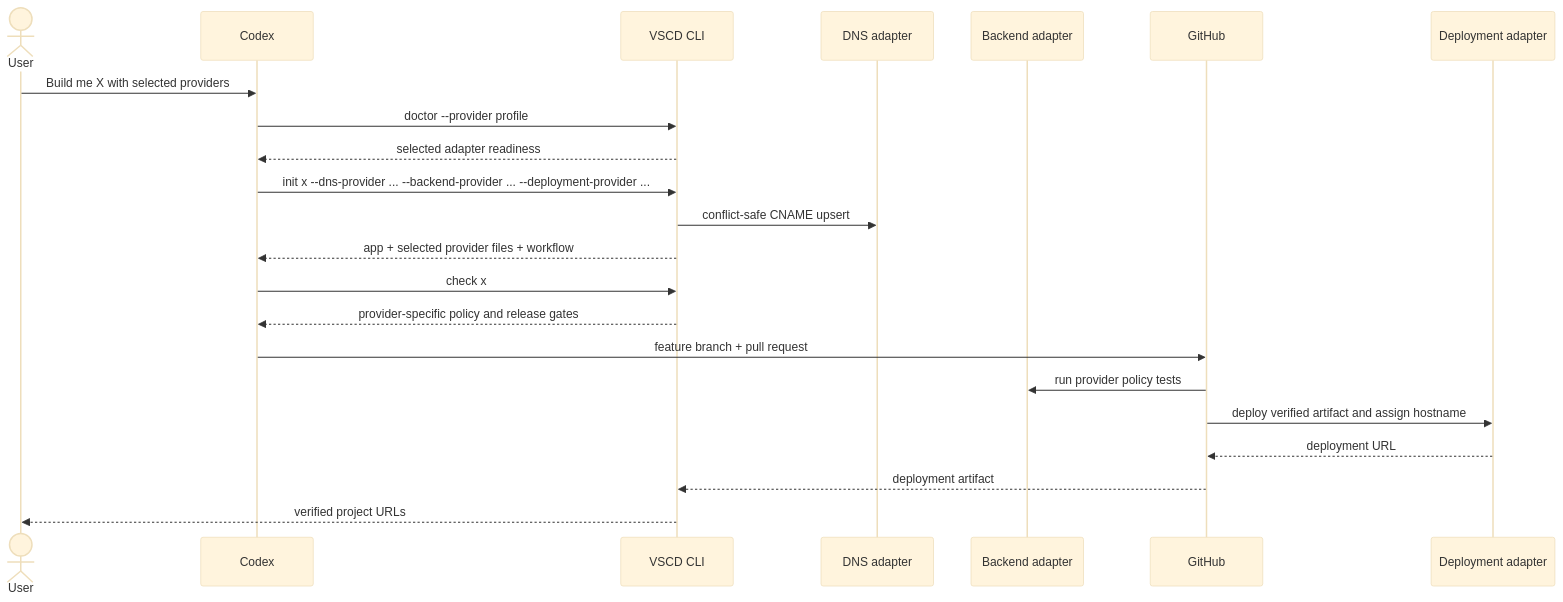
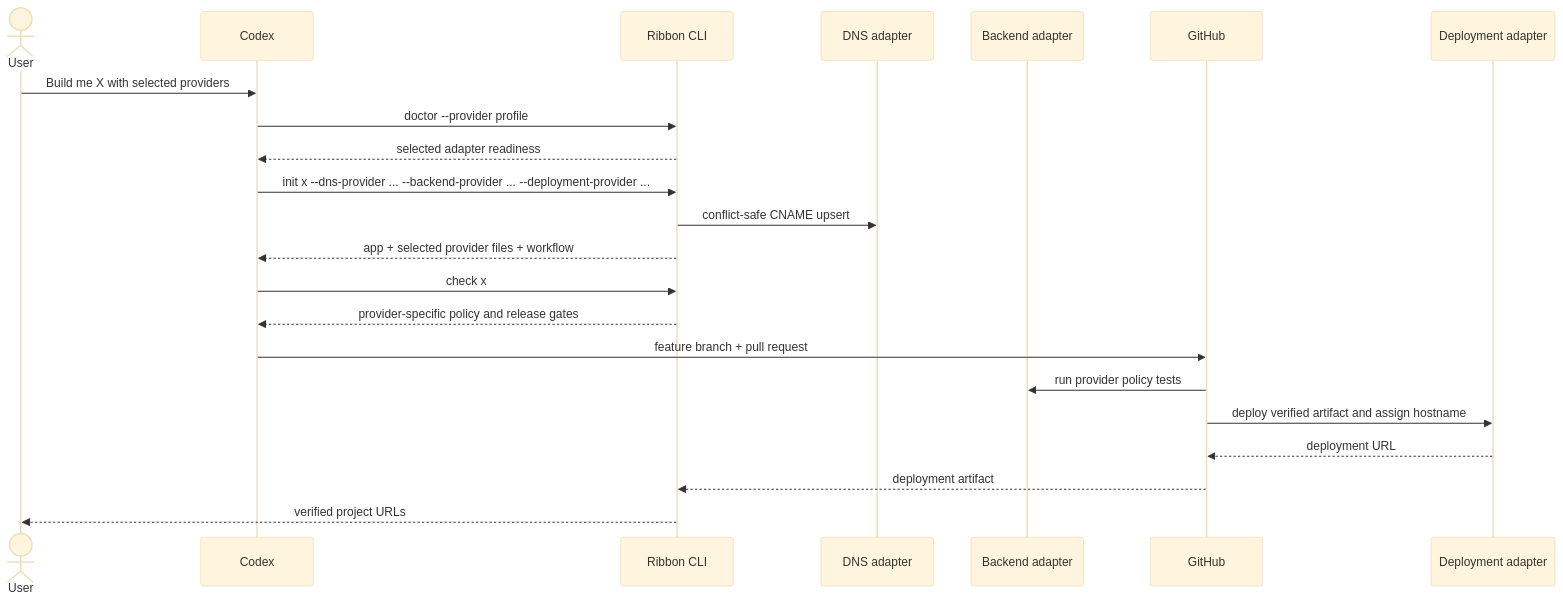
The second of 2 diagrams in docs/architecture.md (moriatz-labs/ribbon), drawn with Mermaid (base theme) before and after one commit. The commit also changed other lines of this file and 74 other files, not shown here.

First line of the commit message:
Rename VSCD control plane to Ribbon (#25)

````diff
--- a/docs/architecture.md
+++ b/docs/architecture.md
@@ -41,25 +41,25 @@
 ```mermaid
 sequenceDiagram
     actor User
     participant Codex
-    participant VSCD as VSCD CLI
+    participant Ribbon as Ribbon CLI
     participant DNS as DNS adapter
     participant Backend as Backend adapter
     participant GitHub
     participant Deploy as Deployment adapter
 
     User->>Codex: Build me X with selected providers
-    Codex->>VSCD: doctor --provider profile
-    VSCD-->>Codex: selected adapter readiness
-    Codex->>VSCD: init x --dns-provider ... --backend-provider ... --deployment-provider ...
-    VSCD->>DNS: conflict-safe CNAME upsert
-    VSCD-->>Codex: app + selected provider files + workflow
-    Codex->>VSCD: check x
-    VSCD-->>Codex: provider-specific policy and release gates
+    Codex->>Ribbon: doctor --provider profile
+    Ribbon-->>Codex: selected adapter readiness
+    Codex->>Ribbon: init x --dns-provider ... --backend-provider ... --deployment-provider ...
+    Ribbon->>DNS: conflict-safe CNAME upsert
+    Ribbon-->>Codex: app + selected provider files + workflow
+    Codex->>Ribbon: check x
+    Ribbon-->>Codex: provider-specific policy and release gates
     Codex->>GitHub: feature branch + pull request
     GitHub->>Backend: run provider policy tests
     GitHub->>Deploy: deploy verified artifact and assign hostname
     Deploy-->>GitHub: deployment URL
-    GitHub-->>VSCD: deployment artifact
-    VSCD-->>User: verified project URLs
+    GitHub-->>Ribbon: deployment artifact
+    Ribbon-->>User: verified project URLs
 ```
````
